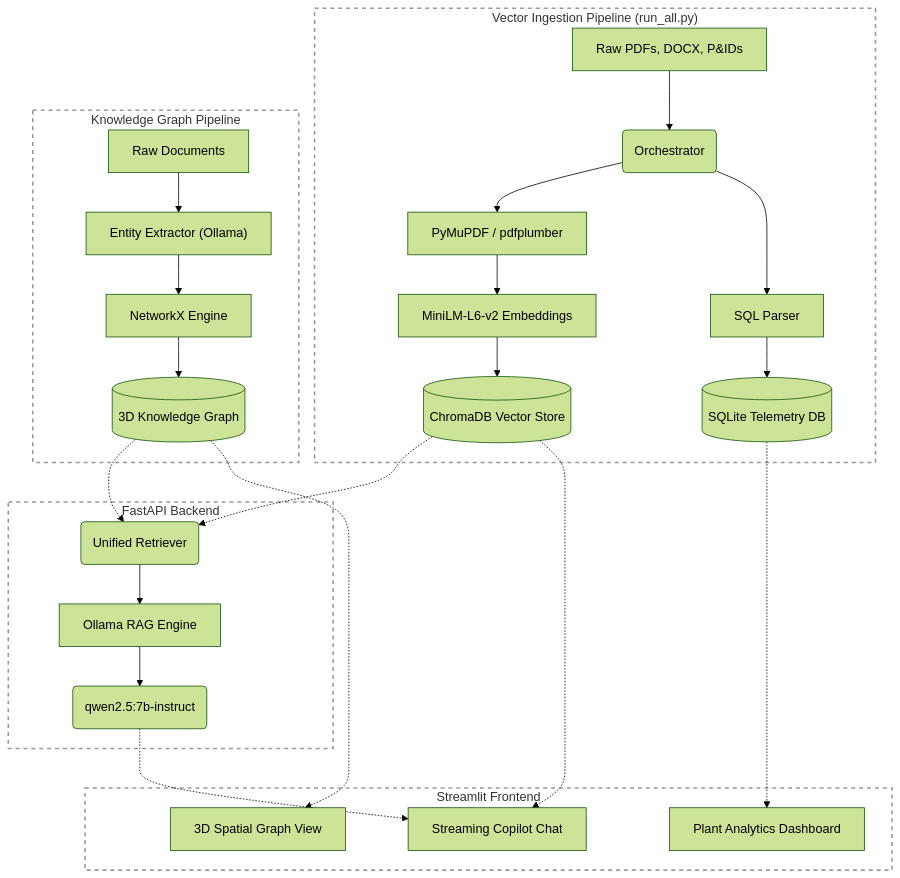
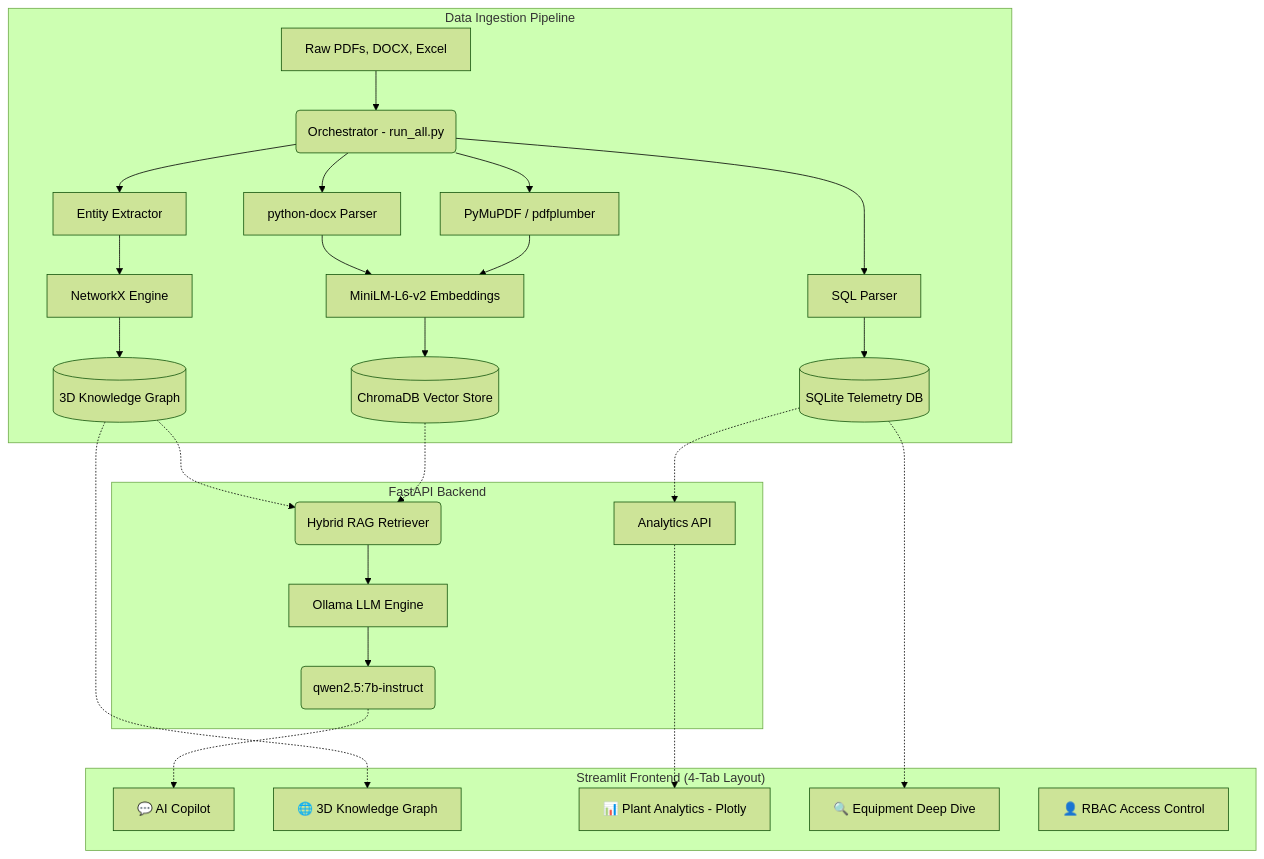
The diagram in Architecture.md (AnjaliKumari3033/et_project), drawn with Mermaid (forest theme) before and after one commit. The commit also changed 3 other files, not shown here.

Commit message:
final: fix critical bug, rewrite README/REPORT, update architecture for hackathon submission

````diff
--- a/Architecture.md
+++ b/Architecture.md
@@ -3,41 +3,37 @@
 ```mermaid
 flowchart TD
-    subgraph Vector_Pipeline ["Vector Ingestion Pipeline (run_all.py)"]
-        A[Raw PDFs, DOCX, P&IDs] --> B(Orchestrator)
-        B --> D[PyMuPDF / pdfplumber]
-        D --> H[MiniLM-L6-v2 Embeddings]
-        H --> I[(ChromaDB Vector Store)]
-        B --> L[SQL Parser]
-        L --> M[(SQLite Telemetry DB)]
-    end
-
-    subgraph KG_Pipeline ["Knowledge Graph Pipeline"]
-        A2[Raw Documents] --> X["Entity Extractor (Ollama)"]
-        X --> J[NetworkX Engine]
+    subgraph Ingestion ["Data Ingestion Pipeline"]
+        A[Raw PDFs, DOCX, Excel] --> B(Orchestrator - run_all.py)
+        B --> C[PyMuPDF / pdfplumber]
+        B --> D[python-docx Parser]
+        B --> E[SQL Parser]
+        C --> F[MiniLM-L6-v2 Embeddings]
+        D --> F
+        F --> G[(ChromaDB Vector Store)]
+        E --> H[(SQLite Telemetry DB)]
+        B --> I[Entity Extractor]
+        I --> J[NetworkX Engine]
         J --> K[(3D Knowledge Graph)]
     end
 
-    subgraph FastAPI_Backend ["FastAPI Backend"]
-        I -.-> N(Unified Retriever)
-        K -.-> N
-        N --> O[Ollama RAG Engine]
-        O --> P("qwen2.5:7b-instruct")
+    subgraph Backend ["FastAPI Backend"]
+        G -.-> L(Hybrid RAG Retriever)
+        K -.-> L
+        L --> M[Ollama LLM Engine]
+        M --> N("qwen2.5:7b-instruct")
+        H -.-> O[Analytics API]
     end
 
-    subgraph Streamlit_Frontend ["Streamlit Frontend"]
-        Q[Plant Analytics Dashboard]
-        R[3D Spatial Graph View]
-        S[Streaming Copilot Chat]
+    subgraph Frontend ["Streamlit Frontend (4-Tab Layout)"]
+        P["💬 AI Copilot"]
+        Q["🌐 3D Knowledge Graph"]
+        R["📊 Plant Analytics - Plotly"]
+        S["🔍 Equipment Deep Dive"]
+        T["👤 RBAC Access Control"]
     end
 
-    M -.-> Q
-    K -.-> R
-    P -.-> S
-    I -.-> S
-
-    %% Subgraph Styling to remove grey patches
-    style Vector_Pipeline fill:transparent,stroke:#999,stroke-width:2px,stroke-dasharray: 5 5
-    style KG_Pipeline fill:transparent,stroke:#999,stroke-width:2px,stroke-dasharray: 5 5
-    style FastAPI_Backend fill:transparent,stroke:#999,stroke-width:2px,stroke-dasharray: 5 5
-    style Streamlit_Frontend fill:transparent,stroke:#999,stroke-width:2px,stroke-dasharray: 5 5
+    N -.-> P
+    K -.-> Q
+    O -.-> R
+    H -.-> S
 ```
````
